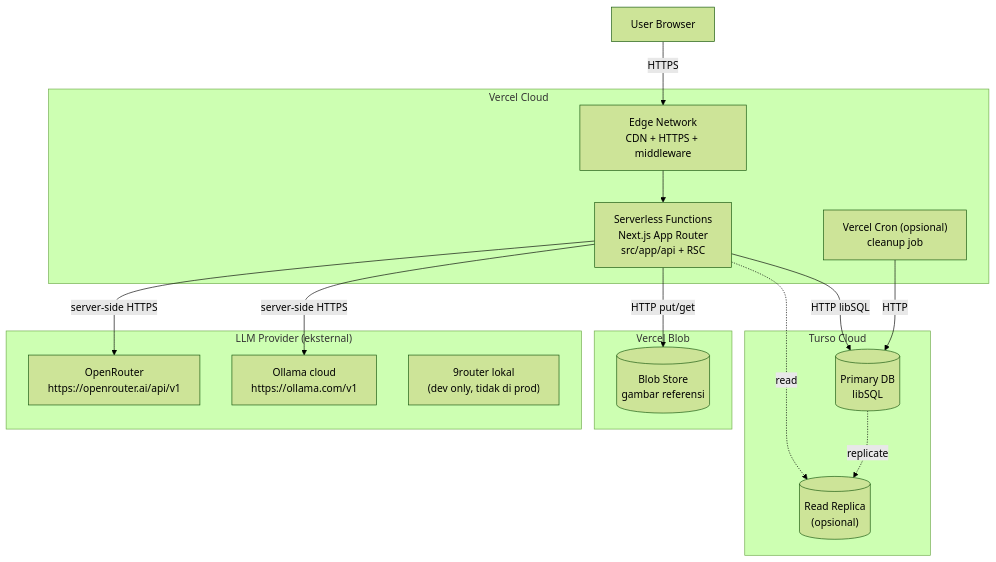
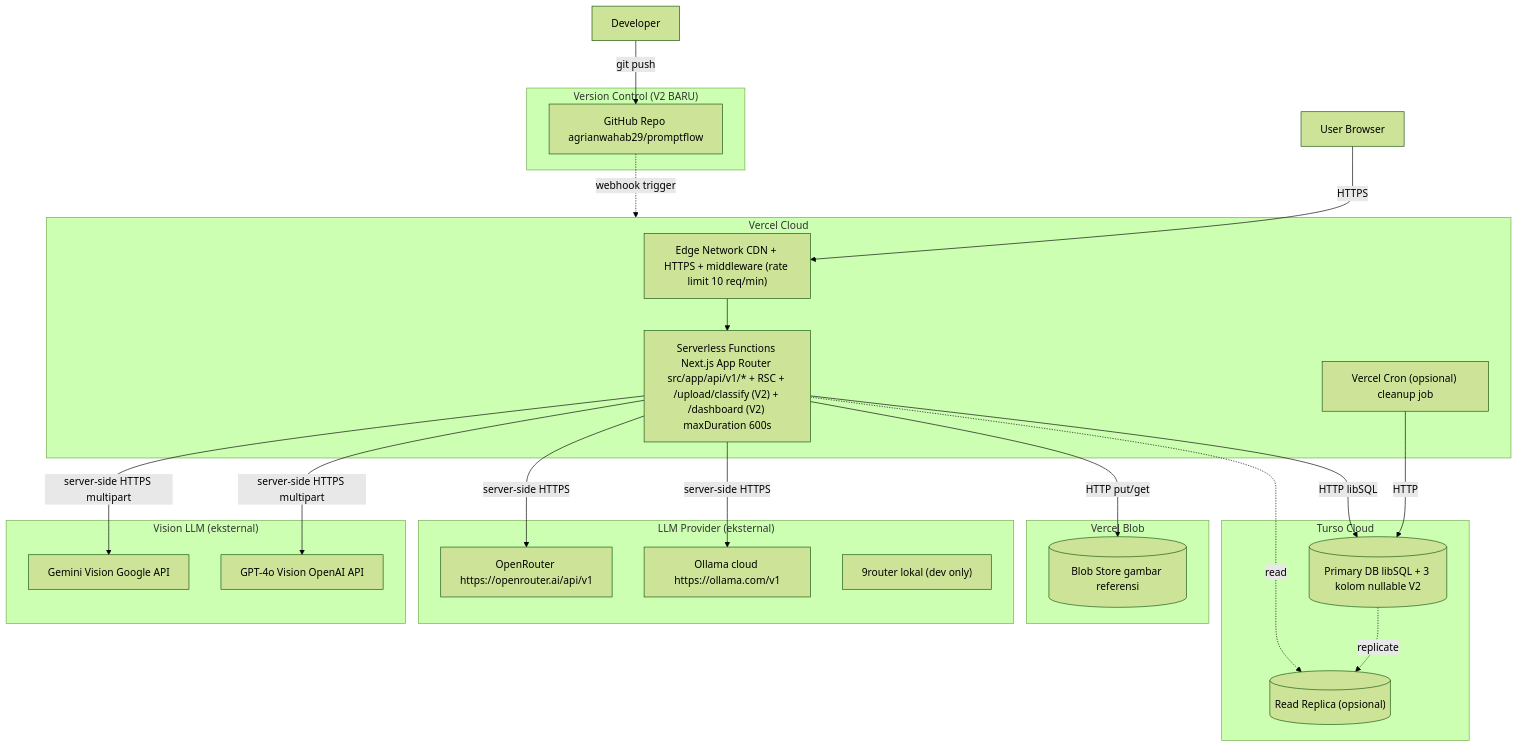
Before and after one commit to agrianwahab29/agrinode-promptflow: the seventh of 7 diagrams in product-docs/PROJECT_ARCHITECTURE.md, drawn with Mermaid (forest theme). The commit also changed other lines of this file and 80 other files, not shown here.

````diff
--- a/product-docs/PROJECT_ARCHITECTURE.md
+++ b/product-docs/PROJECT_ARCHITECTURE.md
@@ -520,34 +763,47 @@
 ```mermaid
 flowchart TB
     subgraph Vercel["Vercel Cloud"]
-        Edge["Edge Network<br/>CDN + HTTPS + middleware"]
-        Func["Serverless Functions<br/>Next.js App Router<br/>src/app/api + RSC"]
-        Cron["Vercel Cron (opsional)<br/>cleanup job"]
+        Edge["Edge Network CDN + HTTPS + middleware (rate limit 10 req/min)"]
+        Func["Serverless Functions Next.js App Router src/app/api/v1/* + RSC + /upload/classify (V2) + /dashboard (V2) maxDuration 600s"]
+        Cron["Vercel Cron (opsional) cleanup job"]
     end
 
     subgraph TursoCloud["Turso Cloud"]
-        Primary[("Primary DB<br/>libSQL")]
-        Replica[("Read Replica<br/>(opsional)")]
+        Primary[("Primary DB libSQL + 3 kolom nullable V2")]
+        Replica[("Read Replica (opsional)")]
     end
 
     subgraph BlobStore["Vercel Blob"]
-        Blob[("Blob Store<br/>gambar referensi")]
+        Blob[("Blob Store gambar referensi")]
     end
 
     subgraph LLMExt["LLM Provider (eksternal)"]
-        Ollama["Ollama cloud<br/>https://ollama.com/v1"]
-        OR["OpenRouter<br/>https://openrouter.ai/api/v1"]
-        NineR["9router lokal<br/>(dev only, tidak di prod)"]
+        Ollama["Ollama cloud https://ollama.com/v1"]
+        OR["OpenRouter https://openrouter.ai/api/v1"]
+        NineR["9router lokal (dev only)"]
+    end
+
+    subgraph VisionExt["Vision LLM (eksternal)"]
+        GPT4V["GPT-4o Vision OpenAI API"]
+        GeminiV["Gemini Vision Google API"]
+    end
+
+    subgraph VCS["Version Control (V2 BARU)"]
+        GH["GitHub Repo agrianwahab29/promptflow"]
     end
 
     User["User Browser"]
     User -->|HTTPS| Edge
     Edge --> Func
     Func -->|HTTP libSQL| Primary
     Primary -.->|replicate| Replica
     Func -.->|read| Replica
     Func -->|HTTP put/get| Blob
     Func -->|server-side HTTPS| Ollama
     Func -->|server-side HTTPS| OR
+    Func -->|server-side HTTPS multipart| GPT4V
+    Func -->|server-side HTTPS multipart| GeminiV
     Cron -->|HTTP| Primary
+    Developer["Developer"] -->|git push| GH
+    GH -.->|webhook trigger| Vercel
 ```
````
